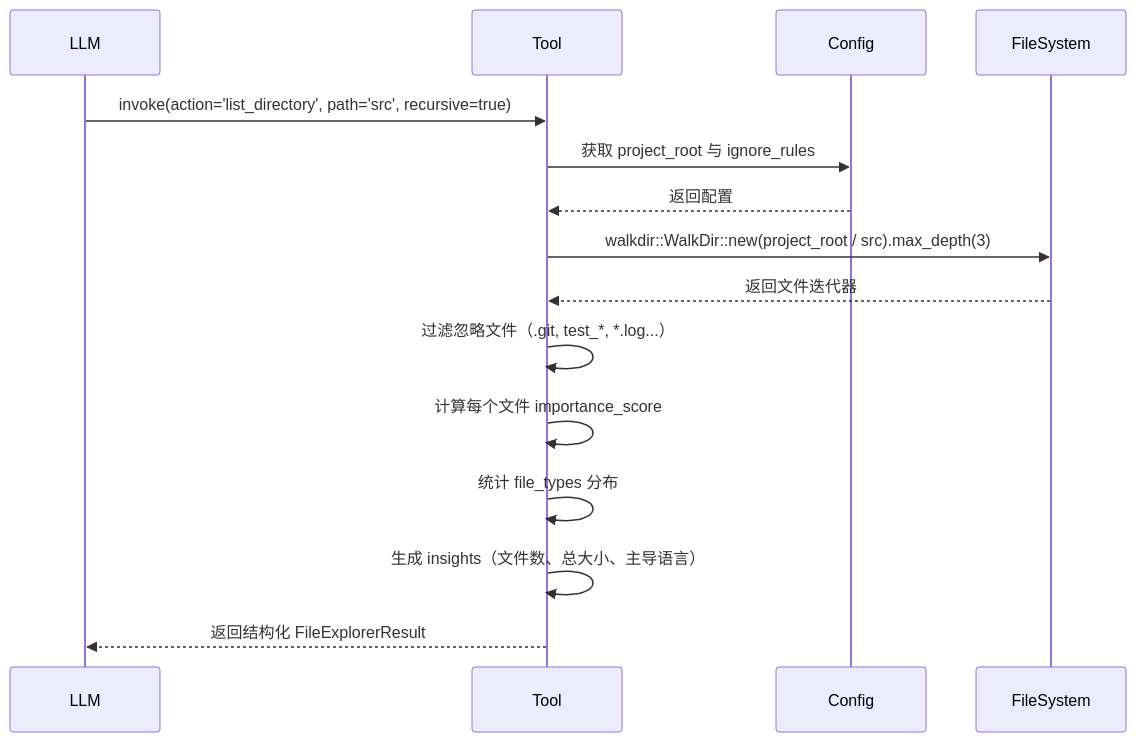
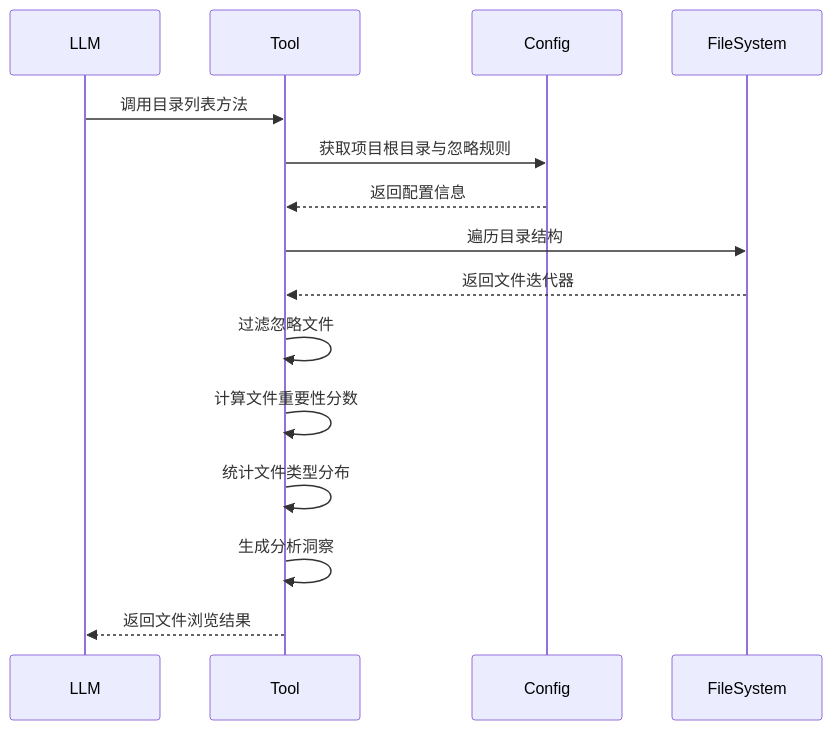
The diagram in docs/4、深入探索/工具支撑域.md (BigtoC/deepwiki-rs), drawn with Mermaid before and after one commit. The commit also changed 3 other files, not shown here.

````diff
--- a/docs/4、深入探索/工具支撑域.md
+++ b/docs/4、深入探索/工具支撑域.md
@@ -104,18 +104,18 @@
 ```mermaid
 sequenceDiagram
     participant LLM
     participant Tool
     participant Config
     participant FileSystem
 
-    LLM->>Tool: invoke(action='list_directory', path='src', recursive=true)
-    Tool->>Config: 获取 project_root 与 ignore_rules
-    Config-->>Tool: 返回配置
-    Tool->>FileSystem: walkdir::WalkDir::new(project_root / src).max_depth(3)
+    LLM->>Tool: 调用目录列表方法
+    Tool->>Config: 获取项目根目录与忽略规则
+    Config-->>Tool: 返回配置信息
+    Tool->>FileSystem: 遍历目录结构
     FileSystem-->>Tool: 返回文件迭代器
-    Tool->>Tool: 过滤忽略文件（.git, test_*, *.log...）
-    Tool->>Tool: 计算每个文件 importance_score
-    Tool->>Tool: 统计 file_types 分布
-    Tool->>Tool: 生成 insights（文件数、总大小、主导语言）
-    Tool-->>LLM: 返回结构化 FileExplorerResult
+    Tool->>Tool: 过滤忽略文件
+    Tool->>Tool: 计算文件重要性分数
+    Tool->>Tool: 统计文件类型分布
+    Tool->>Tool: 生成分析洞察
+    Tool-->>LLM: 返回文件浏览结果
 ```
````
